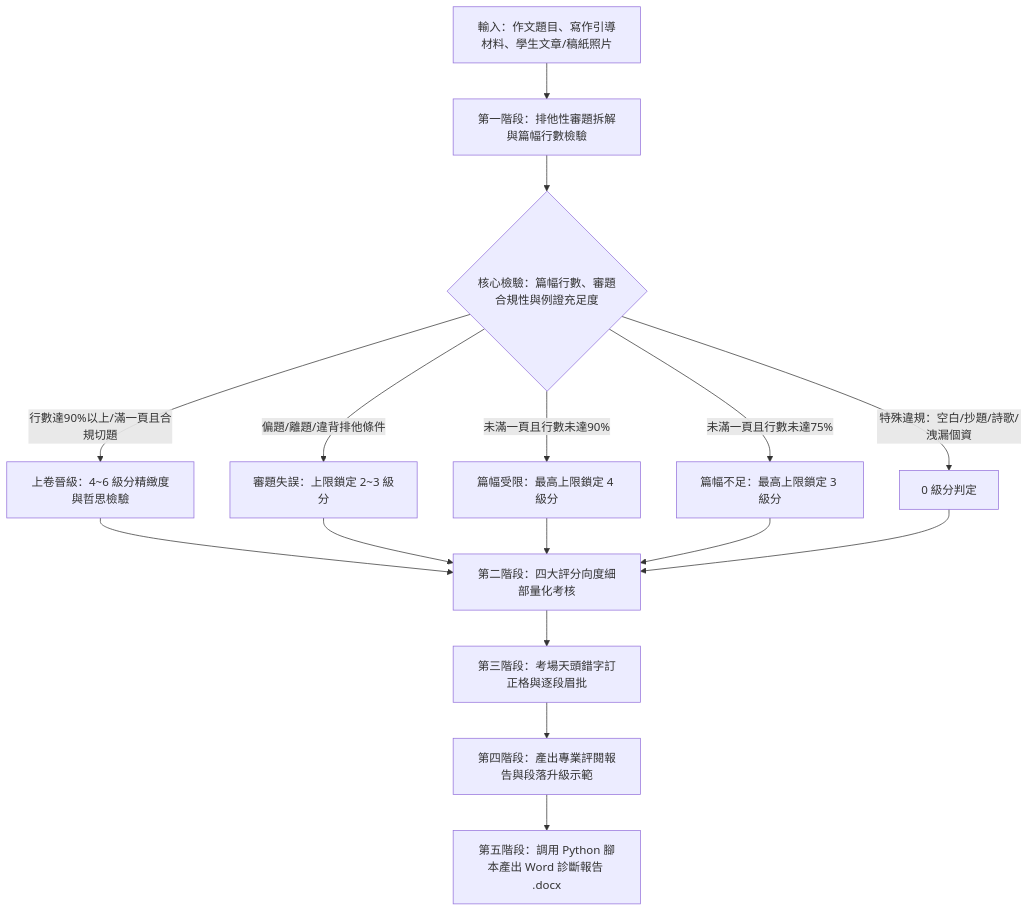
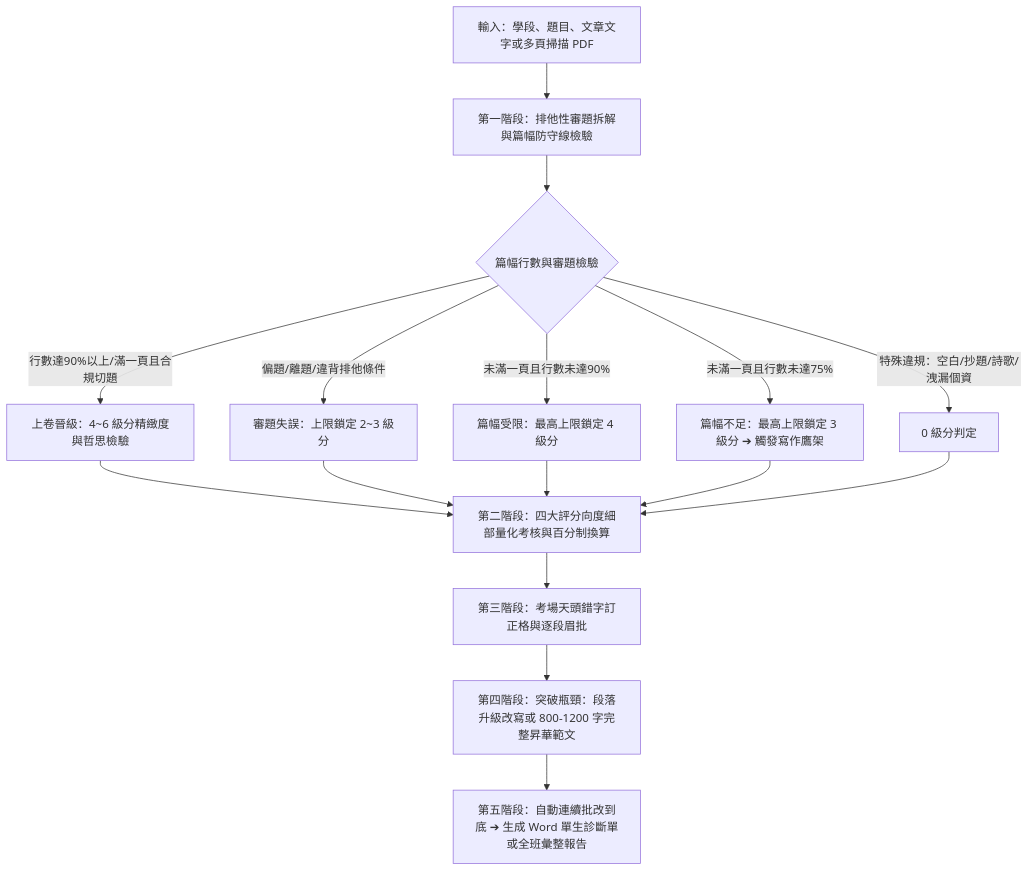
The diagram in SKILL.md (geniefu/chinese-essay-evaluator), drawn with Mermaid before and after one commit. The commit also changed other lines of this file and 4 other files, not shown here.

````diff
--- a/SKILL.md
+++ b/SKILL.md
@@ -38,14 +53,14 @@
 ```mermaid
 flowchart TD
-    A[輸入：作文題目、寫作引導材料、學生文章/稿紙照片] --> B[第一階段：排他性審題拆解與篇幅行數檢驗]
-    B --> C{核心檢驗：篇幅行數、審題合規性與例證充足度}
-    C -->|未滿一頁且行數未達75%| D4[篇幅不足：最高上限鎖定 3 級分]
+    A[輸入：學段、題目、文章文字或多頁掃描 PDF] --> B[第一階段：排他性審題拆解與篇幅防守線檢驗]
+    B --> C{篇幅行數與審題檢驗}
+    C -->|未滿一頁且行數未達75%| D4[篇幅不足：最高上限鎖定 3 級分 ➔ 觸發寫作鷹架]
     C -->|未滿一頁且行數未達90%| D3[篇幅受限：最高上限鎖定 4 級分]
     C -->|偏題/離題/違背排他條件| D2[審題失誤：上限鎖定 2~3 級分]
     C -->|行數達90%以上/滿一頁且合規切題| D1[上卷晉級：4~6 級分精緻度與哲思檢驗]
     C -->|特殊違規：空白/抄題/詩歌/洩漏個資| D0[0 級分判定]
-    D1 & D2 & D3 & D4 & D0 --> E[第二階段：四大評分向度細部量化考核]
+    D1 & D2 & D3 & D4 & D0 --> E[第二階段：四大評分向度細部量化考核與百分制換算]
     E --> F[第三階段：考場天頭錯字訂正格與逐段眉批]
-    F --> G[第四階段：產出專業評閱報告與段落升級示範]
-    G --> H[第五階段：調用 Python 腳本產出 Word 診斷報告 .docx]
+    F --> G[第四階段：突破瓶頸：段落升級改寫或 800-1200 字完整昇華範文]
+    G --> H[第五階段：自動連續批改到底 ➔ 生成 Word 單生診斷單或全班彙整報告]
 ```
````
